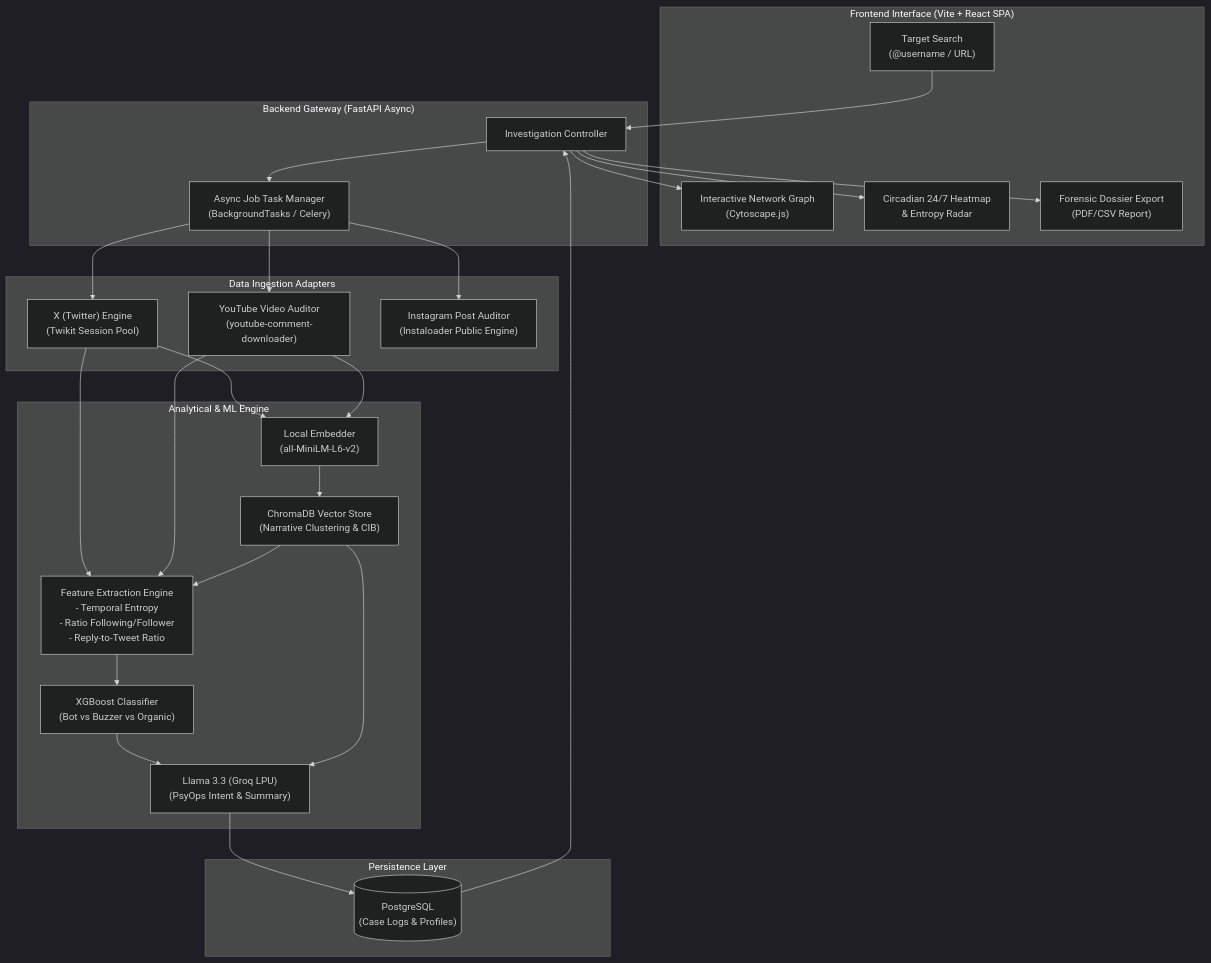
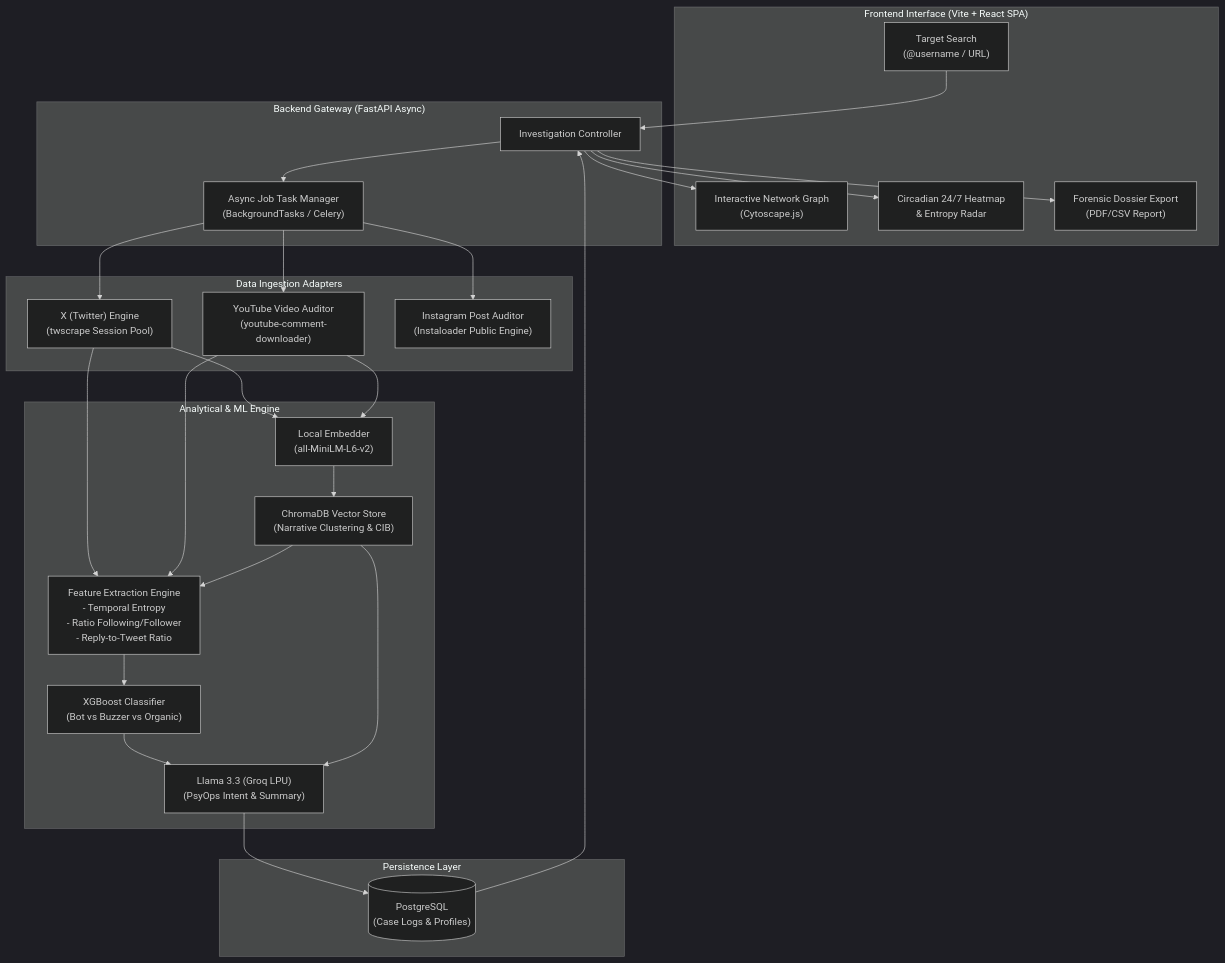
One commit to AcademyCity-RND/AC-ProjectAxiom changed the first of 2 diagrams in docs/PRD-Axiom.md. Above: the diagram before and after it, drawn with Mermaid (dark theme). The commit also changed other lines of this file and 5 other files, not shown here.

Commit message:
docs: update README, env template, PRD, and roadmap to reflect multi-platform architecture and 60-target dataset

````diff
--- a/docs/PRD-Axiom.md
+++ b/docs/PRD-Axiom.md
@@ -99,48 +108,48 @@
 ```mermaid
 flowchart TD
     subgraph UI["Frontend Interface (Vite + React SPA)"]
         Search["Target Search\n(@username / URL)"]
         GraphView["Interactive Network Graph\n(Cytoscape.js)"]
         HeatmapView["Circadian 24/7 Heatmap\n& Entropy Radar"]
         ReportView["Forensic Dossier Export\n(PDF/CSV Report)"]
     end
 
     subgraph API["Backend Gateway (FastAPI Async)"]
         Router["Investigation Controller"]
         Queue["Async Job Task Manager\n(BackgroundTasks / Celery)"]
     end
 
     subgraph Ingestion["Data Ingestion Adapters"]
-        XAdapter["X (Twitter) Engine\n(Twikit Session Pool)"]
+        XAdapter["X (Twitter) Engine\n(twscrape Session Pool)"]
         YTAdapter["YouTube Video Auditor\n(youtube-comment-downloader)"]
         IGAdapter["Instagram Post Auditor\n(Instaloader Public Engine)"]
     end
 
     subgraph AI["Analytical & ML Engine"]
         FeatEng["Feature Extraction Engine\n- Temporal Entropy\n- Ratio Following/Follower\n- Reply-to-Tweet Ratio"]
         Embedder["Local Embedder\n(all-MiniLM-L6-v2)"]
         XGB["XGBoost Classifier\n(Bot vs Buzzer vs Organic)"]
         Chroma["ChromaDB Vector Store\n(Narrative Clustering & CIB)"]
         LLM["Llama 3.3 (Groq LPU)\n(PsyOps Intent & Summary)"]
     end
 
     subgraph Storage["Persistence Layer"]
         PG[("PostgreSQL\n(Case Logs & Profiles)")]
     end
 
     %% Connections
     Search --> Router
     Router --> Queue
     Queue --> XAdapter & YTAdapter & IGAdapter
     XAdapter & YTAdapter --> FeatEng & Embedder
     
     FeatEng --> XGB
     Embedder --> Chroma
     Chroma --> FeatEng
     
     XGB & Chroma --> LLM
     LLM --> PG
     
     PG --> Router
     Router --> GraphView & HeatmapView & ReportView
 ```
````
